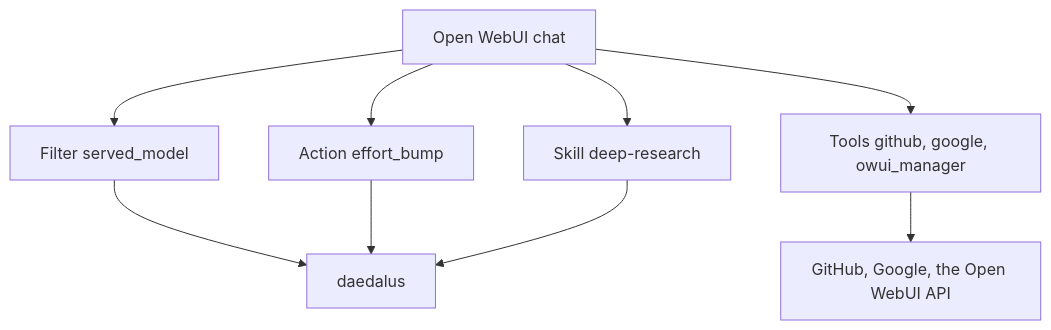
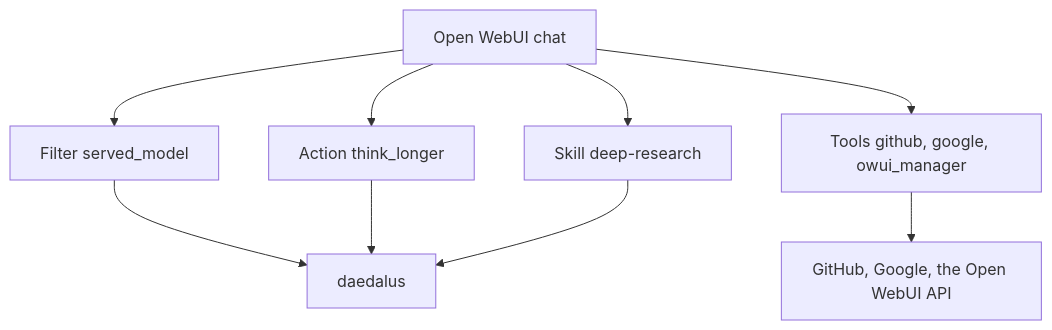
The diagram in docs/integrations/owui.md (nemoe7/daedalus), drawn with Mermaid before and after one commit. The commit also changed other lines of this file and 21 other files, not shown here.

Commit message:
feat(hooks): step the reasoning level and name the ladder think longer

````diff
--- a/docs/integrations/owui.md
+++ b/docs/integrations/owui.md
@@ -18,11 +18,11 @@
 ```mermaid
 flowchart TD
   A[Open WebUI chat] --> B[Filter served_model]
-  A --> C[Action effort_bump]
+  A --> C[Action think_longer]
   A --> D[Tools github, google, owui_manager]
   A --> E[Skill deep-research]
   B --> F[daedalus]
   C --> F
   D --> G[GitHub, Google, the Open WebUI API]
   E --> F
 ```
````
